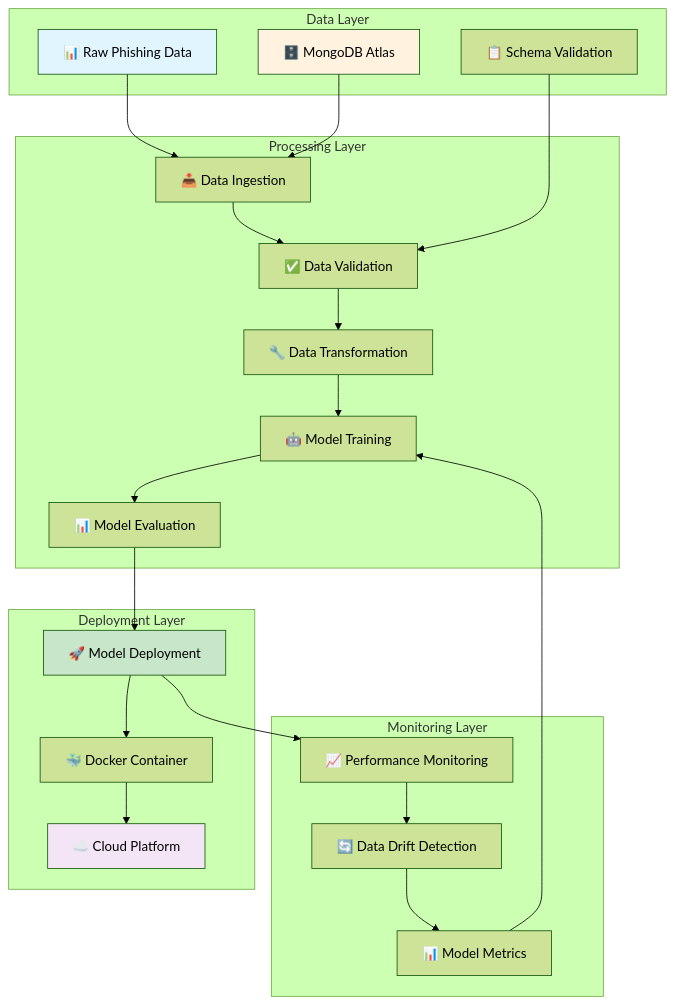
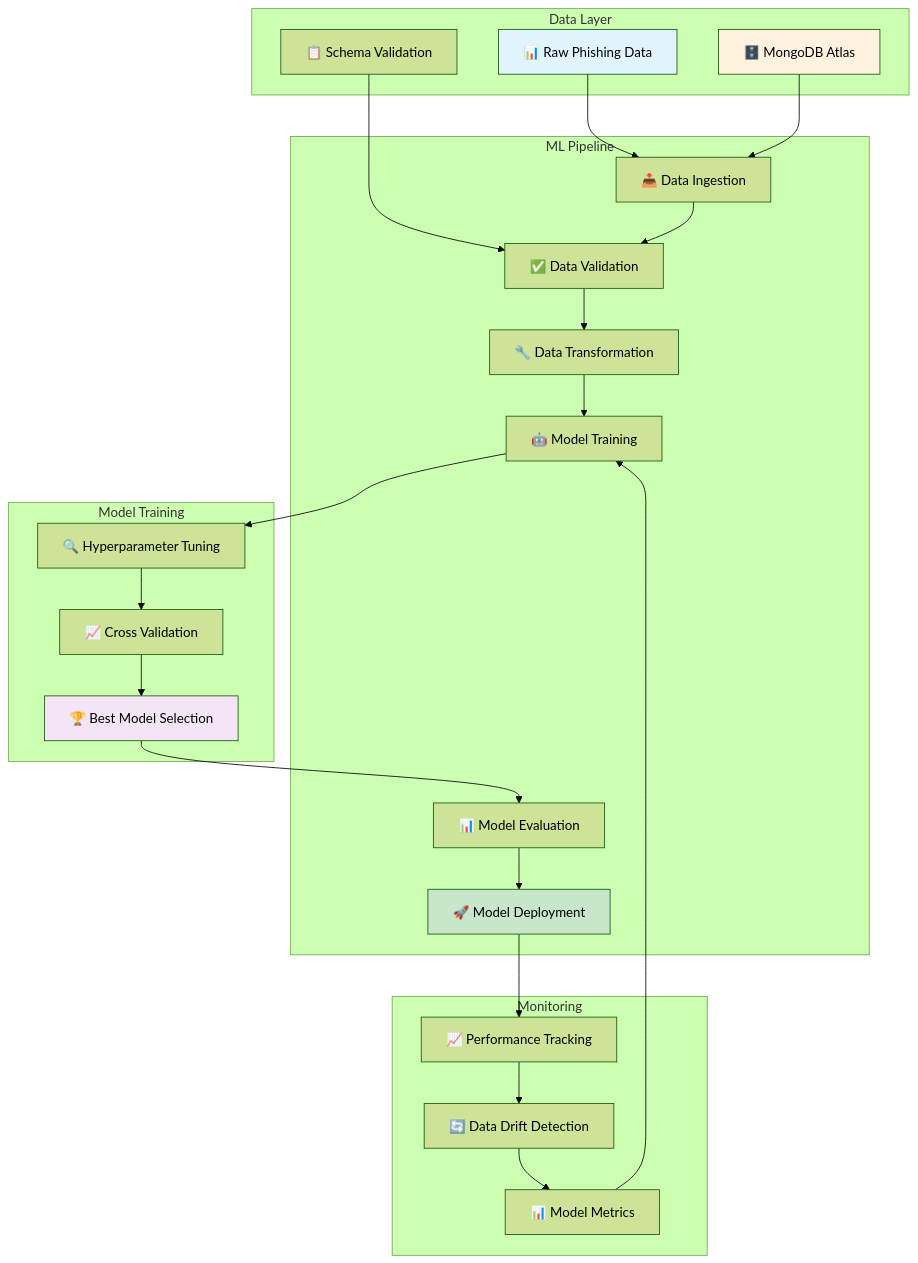
The first of 5 diagrams in README.md (Charan703/E2E_NetworkSecurity), drawn with Mermaid (forest theme) before and after one commit. The commit also changed other lines of this file and 22 other files, not shown here.

Commit message:
model training

````diff
--- a/README.md
+++ b/README.md
@@ -50,49 +50,51 @@
 ```mermaid
 graph TB
     subgraph "Data Layer"
         A[📊 Raw Phishing Data]
         B[🗄️ MongoDB Atlas]
         C[📋 Schema Validation]
     end
     
-    subgraph "Processing Layer"
+    subgraph "ML Pipeline"
         D[📥 Data Ingestion]
         E[✅ Data Validation]
         F[🔧 Data Transformation]
         G[🤖 Model Training]
         H[📊 Model Evaluation]
+        I[🚀 Model Deployment]
     end
     
-    subgraph "Deployment Layer"
-        I[🚀 Model Deployment]
-        J[🐳 Docker Container]
-        K[☁️ Cloud Platform]
+    subgraph "Model Training"
+        J[🔍 Hyperparameter Tuning]
+        K[📈 Cross Validation]
+        L[🏆 Best Model Selection]
     end
     
-    subgraph "Monitoring Layer"
-        L[📈 Performance Monitoring]
-        M[🔄 Data Drift Detection]
-        N[📊 Model Metrics]
+    subgraph "Monitoring"
+        M[📈 Performance Tracking]
+        N[🔄 Data Drift Detection]
+        O[📊 Model Metrics]
     end
     
     A --> D
     B --> D
     C --> E
     D --> E
     E --> F
     F --> G
-    G --> H
+    G --> J
+    J --> K
+    K --> L
+    L --> H
     H --> I
-    I --> J
-    J --> K
     
-    I --> L
-    L --> M
+    I --> M
     M --> N
-    N --> G
+    N --> O
+    O --> G
     
     style A fill:#e1f5fe
     style I fill:#c8e6c9
     style B fill:#fff3e0
-    style K fill:#f3e5f5
+    style L fill:#f3e5f5
 ```
````
